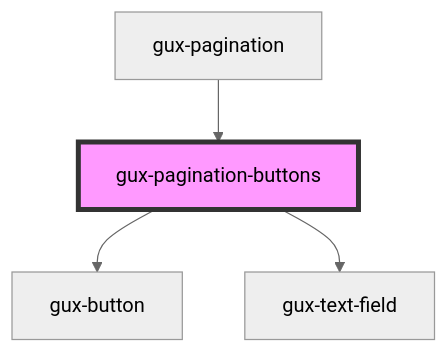
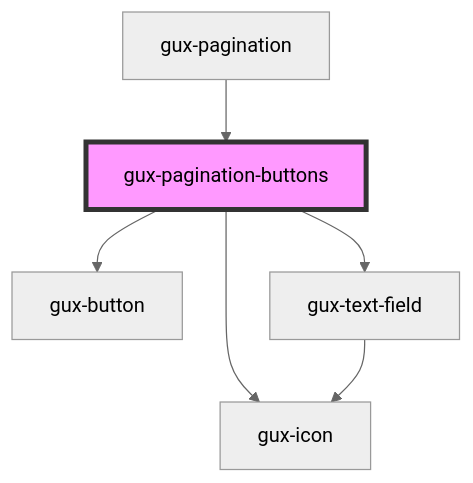
One commit to MyPureCloud/genesys-spark changed the diagram in src/components/gux-pagination/buttons/readme.md. Above: the diagram before and after it, drawn with Mermaid (neutral theme). The commit also changed other lines of this file and 79 other files, not shown here.

````diff
--- a/src/components/gux-pagination/buttons/readme.md
+++ b/src/components/gux-pagination/buttons/readme.md
@@ -36,7 +37,9 @@
 ```mermaid
 graph TD;
   gux-pagination-buttons --> gux-button
+  gux-pagination-buttons --> gux-icon
   gux-pagination-buttons --> gux-text-field
+  gux-text-field --> gux-icon
   gux-pagination --> gux-pagination-buttons
   style gux-pagination-buttons fill:#f9f,stroke:#333,stroke-width:4px
 ```
````
